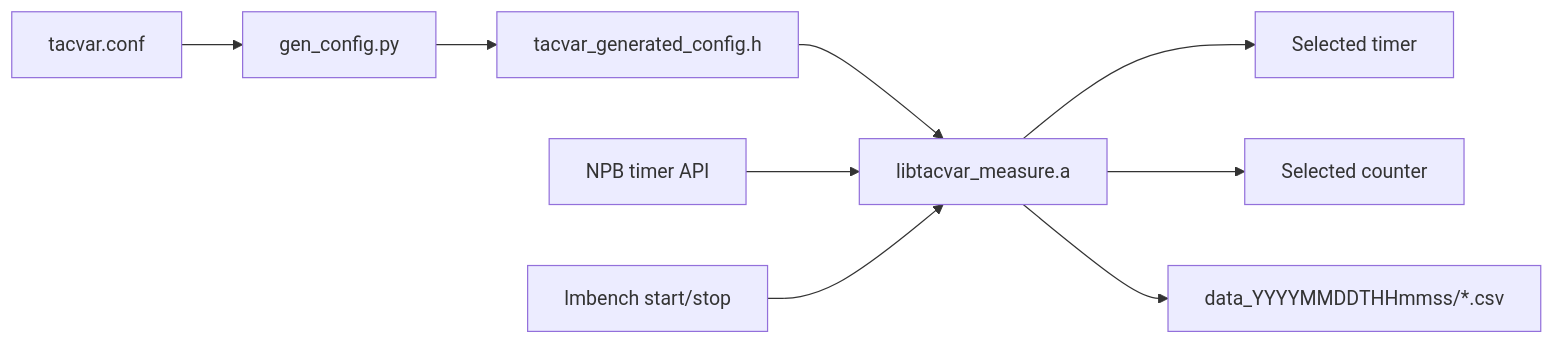
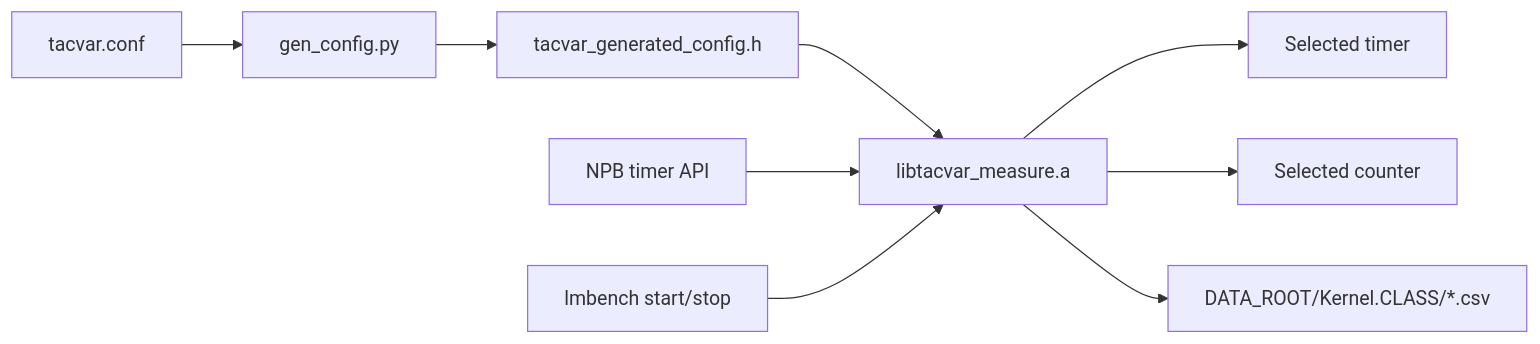
Before and after one commit to KeyLiaoHPC/TacVar: the diagram in README.md, drawn with Mermaid. The commit also changed other lines of this file and 92 other files, not shown here.

````diff
--- a/README.md
+++ b/README.md
@@ -65,11 +65,11 @@
 ```mermaid
 flowchart LR
   Conf[tacvar.conf] --> Gen[gen_config.py]
   Gen --> H[tacvar_generated_config.h]
   H --> Lib[libtacvar_measure.a]
   Lib --> Timers[Selected timer]
   Lib --> Counters[Selected counter]
   NPB[NPB timer API] --> Lib
   LMB[lmbench start/stop] --> Lib
-  Lib --> CSV["data_YYYYMMDDTHHmmss/*.csv"]
+  Lib --> CSV["DATA_ROOT/Kernel.CLASS/*.csv"]
 ```
````
